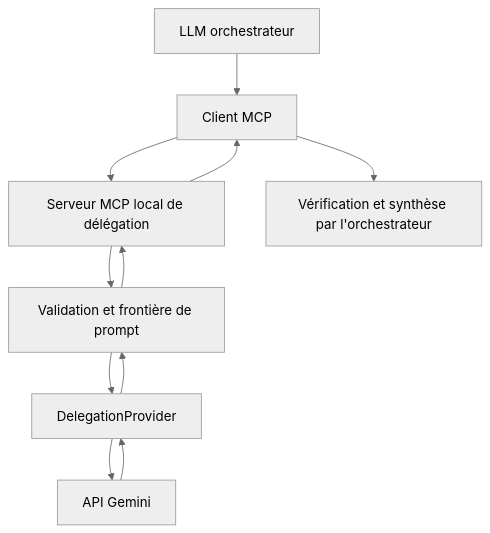
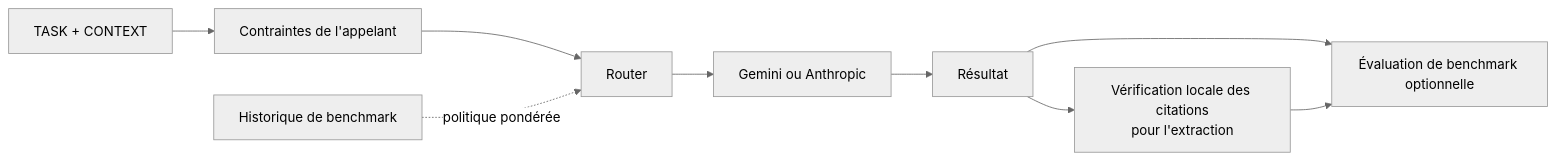
Before and after one commit to Jostophe-021/mcp-cross-model-delegation: the diagram in README.fr.md, drawn with Mermaid (neutral theme). The commit also changed other lines of this file and 65 other files, not shown here.

````diff
--- a/README.fr.md
+++ b/README.fr.md
@@ -13,10 +14,11 @@
 ```mermaid
-flowchart TD
-    A[LLM orchestrateur] --> B[Client MCP]
-    B --> C[Serveur MCP local de délégation]
-    C --> D[Validation et frontière de prompt]
-    D --> E[DelegationProvider]
-    E --> F[API Gemini]
-    F --> E --> D --> C --> B
-    B --> G[Vérification et synthèse par l'orchestrateur]
+flowchart LR
+    A["TASK + CONTEXT"] --> B["Contraintes de l'appelant"]
+    B --> C["Router"]
+    H["Historique de benchmark"] -. "politique pondérée" .-> C
+    C --> D["Gemini ou Anthropic"]
+    D --> E["Résultat"]
+    E --> F["Vérification locale des citations<br/>pour l'extraction"]
+    E --> G["Évaluation de benchmark optionnelle"]
+    F --> G
 ```
````
